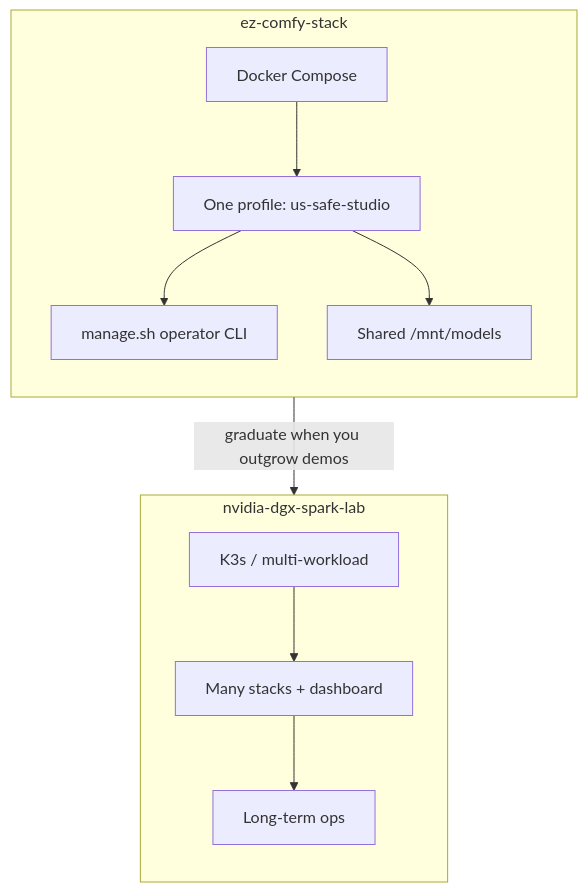
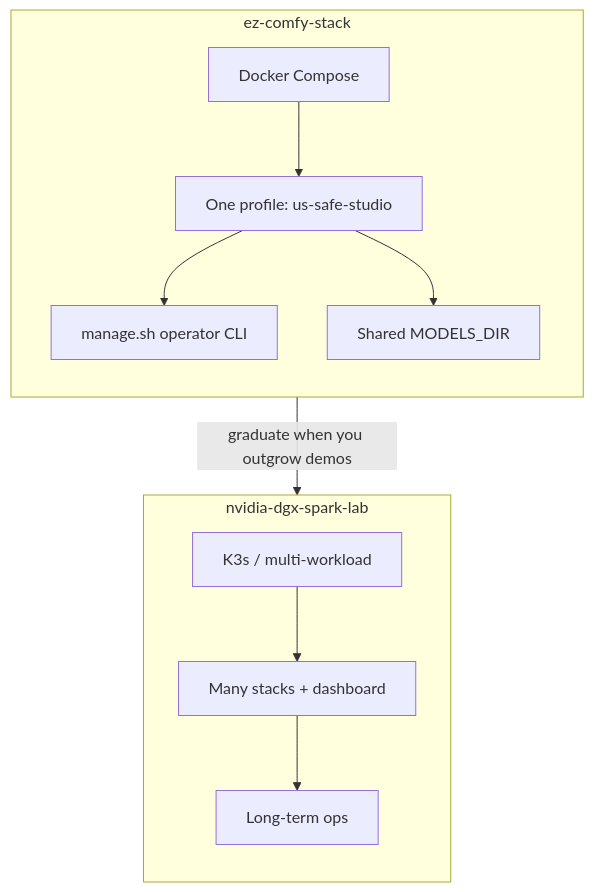
Before and after one commit to toxicoder/ez-comfy-stack: the first of 4 diagrams in docs/index.md, drawn with Mermaid. The commit also changed other lines of this file and 16 other files, not shown here.

````diff
--- a/docs/index.md
+++ b/docs/index.md
@@ -38,20 +40,20 @@
 ```mermaid
 flowchart TB
   subgraph EZ["ez-comfy-stack"]
     direction TB
     E1["Docker Compose"]
     E2["One profile: us-safe-studio"]
     E3["manage.sh operator CLI"]
-    E4["Shared /mnt/models"]
+    E4["Shared MODELS_DIR"]
     E1 --> E2 --> E3
     E2 --> E4
   end
   subgraph LAB["nvidia-dgx-spark-lab"]
     direction TB
     L1["K3s / multi-workload"]
     L2["Many stacks + dashboard"]
     L3["Long-term ops"]
     L1 --> L2 --> L3
   end
   EZ -->|"graduate when you outgrow demos"| LAB
 ```
````
